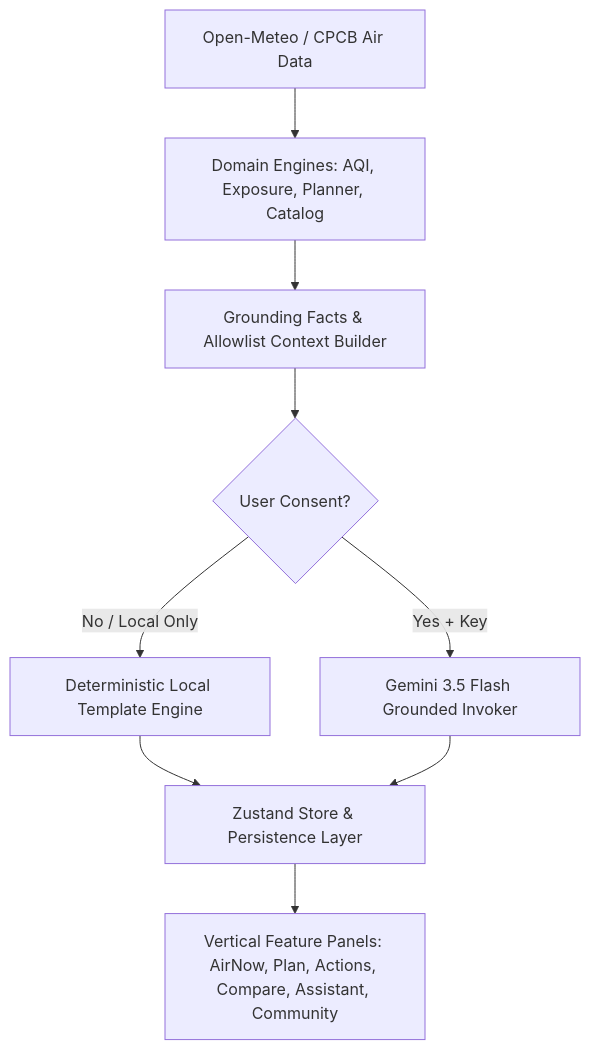
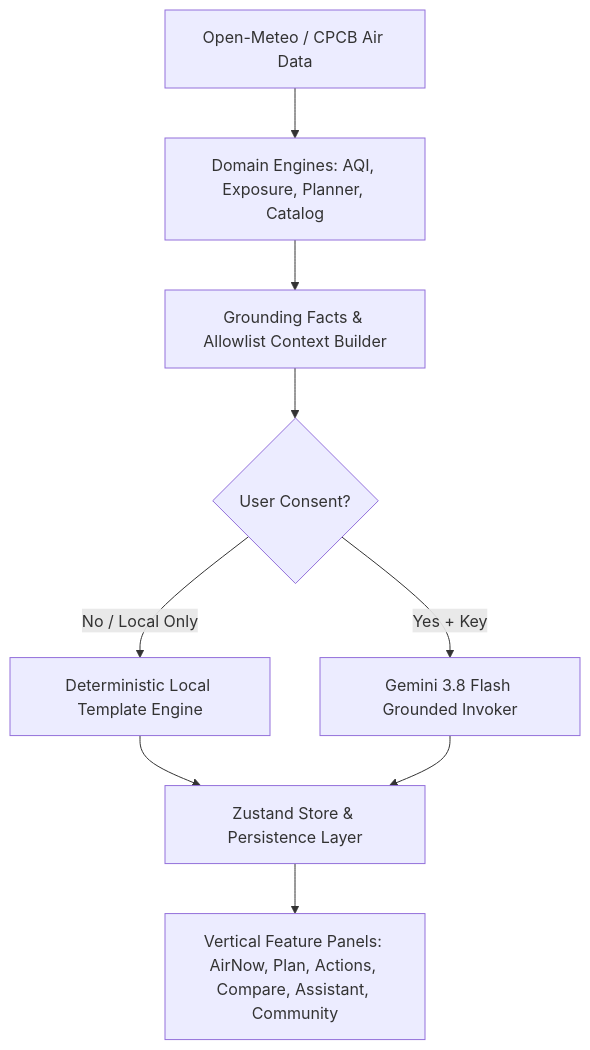
The diagram in README.md (akshayjadhav237237-cmd/clearbreath), drawn with Mermaid before and after one commit. The commit also changed other lines of this file and 1 other file, not shown here.

````diff
--- a/README.md
+++ b/README.md
@@ -27,11 +29,11 @@
 ```mermaid
 graph TD
   A[Open-Meteo / CPCB Air Data] --> B[Domain Engines: AQI, Exposure, Planner, Catalog]
   B --> C[Grounding Facts & Allowlist Context Builder]
   C --> D{User Consent?}
   D -- No / Local Only --> E[Deterministic Local Template Engine]
-  D -- Yes + Key --> F[Gemini 3.5 Flash Grounded Invoker]
+  D -- Yes + Key --> F[Gemini 3.8 Flash Grounded Invoker]
   E --> G[Zustand Store & Persistence Layer]
   F --> G
   G --> H[Vertical Feature Panels: AirNow, Plan, Actions, Compare, Assistant, Community]
 ```
````
